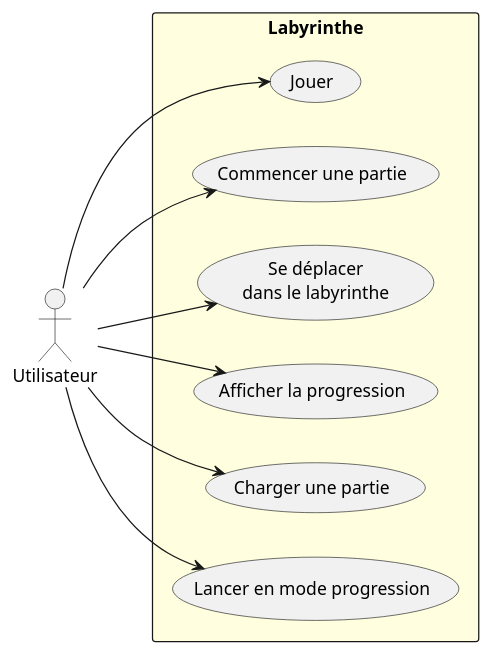
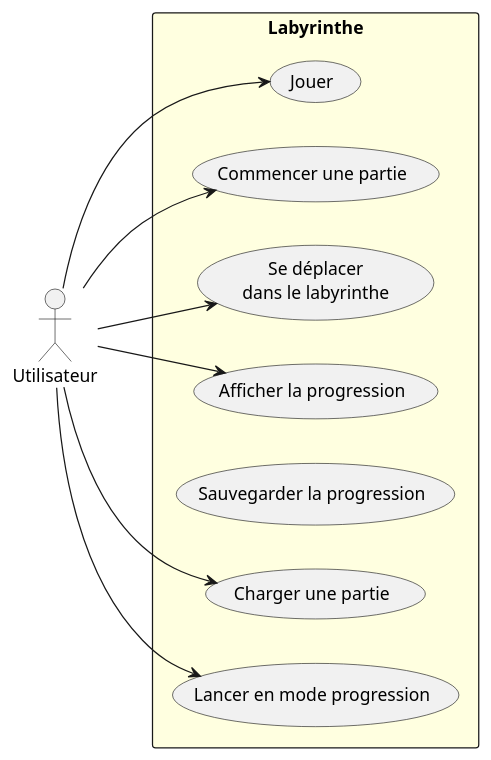
One commit to blavogiez/developpement-modulab-Semestre3 changed the diagram in rapports/analyse/diagramme.puml. Above: the diagram before and after it, drawn with PlantUML. The commit also changed 2 other files, not shown here.

Commit message:
feat(rendus): rendu UML v1 analyse avec ajustements mineur sur arguments et types

```diff
--- a/rapports/analyse/diagramme.puml
+++ b/rapports/analyse/diagramme.puml
@@ -1,23 +1,23 @@
 @startuml Labyrinthe
 left to right direction
 
 actor "Utilisateur" as us
 
 rectangle Labyrinthe #lightyellow {
   usecase "Jouer" as UC1
   usecase "Commencer une partie" as UC2
   usecase "Se déplacer\ndans le labyrinthe" as UC3
   usecase "Afficher la progression" as UC4
-' usecase "Sauvegarder la progression" as UC5
+  usecase "Sauvegarder la progression" as UC5
   usecase "Charger une partie" as UC6
   usecase "Lancer en mode progression" as UC7
 }
 
 ' Relations principales (acteur -> cas d'utilisation)
 us --> UC1
 us --> UC2
 us --> UC3
 us --> UC4
 us --> UC6
 us --> UC7
 @enduml
```
